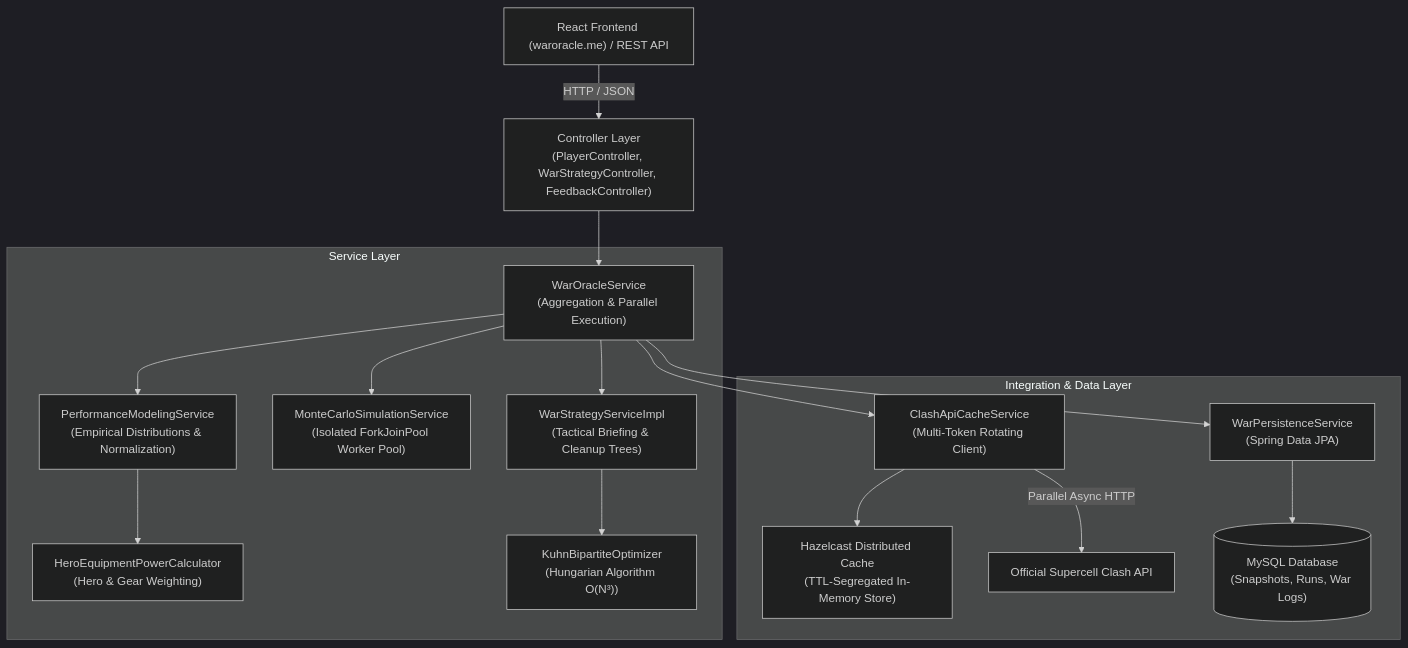
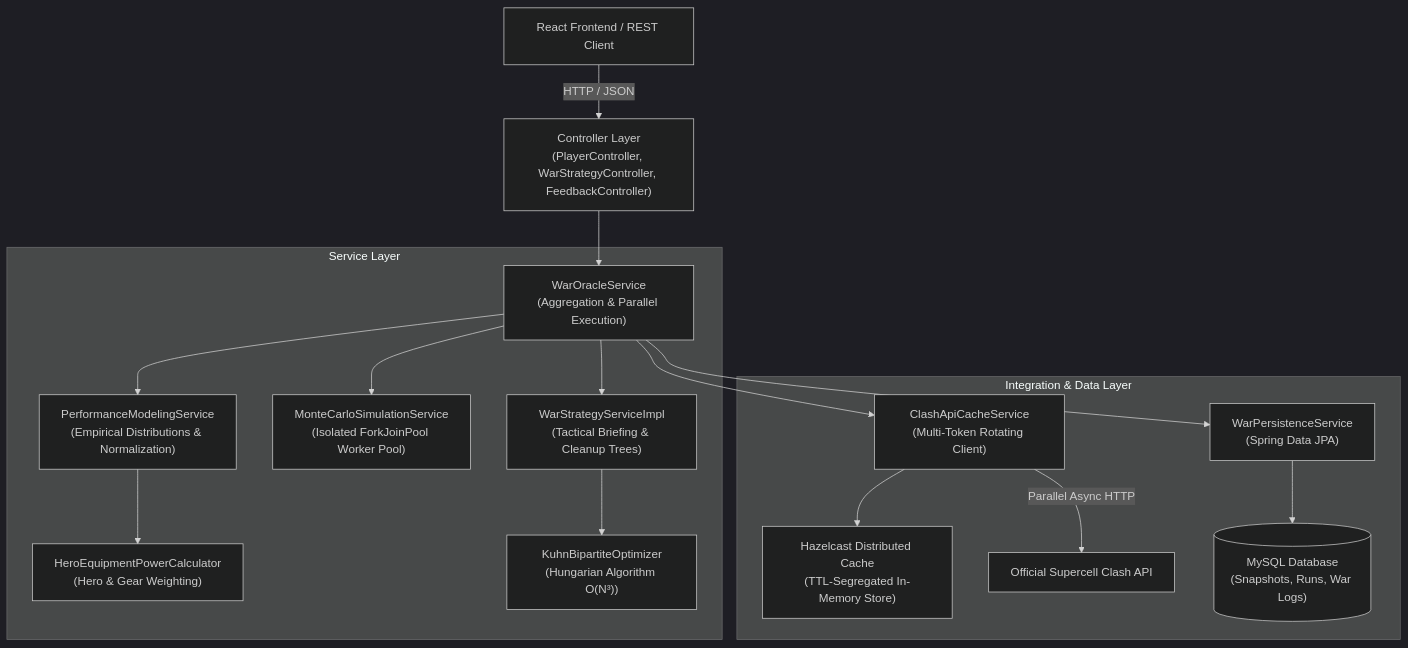
Before and after one commit to KavinkumarAndroidDev/WarOracle: the diagram in README.md, drawn with Mermaid (dark theme). The commit also changed other lines of this file and 1 other file, not shown here.

````diff
--- a/README.md
+++ b/README.md
@@ -49,34 +64,34 @@
 ```mermaid
 flowchart TD
-    Client["React Frontend (waroracle.me) / REST API"] -->|HTTP / JSON| ControllerLayer["Controller Layer\n(PlayerController, WarStrategyController, FeedbackController)"]
+    Client["React Frontend / REST Client"] -->|HTTP / JSON| ControllerLayer["Controller Layer\n(PlayerController, WarStrategyController, FeedbackController)"]
     
     subgraph CoreServiceLayer ["Service Layer"]
         Orchestrator["WarOracleService\n(Aggregation & Parallel Execution)"]
         PerfModelService["PerformanceModelingService\n(Empirical Distributions & Normalization)"]
         HeroCalc["HeroEquipmentPowerCalculator\n(Hero & Gear Weighting)"]
         MonteCarlo["MonteCarloSimulationService\n(Isolated ForkJoinPool Worker Pool)"]
         StrategyEngine["WarStrategyServiceImpl\n(Tactical Briefing & Cleanup Trees)"]
         KuhnOptimizer["KuhnBipartiteOptimizer\n(Hungarian Algorithm O(N³))"]
     end
     
     subgraph DataAndIntegration ["Integration & Data Layer"]
         ClashClient["ClashApiCacheService\n(Multi-Token Rotating Client)"]
         Hazelcast["Hazelcast Distributed Cache\n(TTL-Segregated In-Memory Store)"]
         SupercellAPI["Official Supercell Clash API"]
         PersistenceService["WarPersistenceService\n(Spring Data JPA)"]
         MySQL[("MySQL Database\n(Snapshots, Runs, War Logs)")]
     end
 
     ControllerLayer --> Orchestrator
     Orchestrator --> PerfModelService
     Orchestrator --> MonteCarlo
     Orchestrator --> StrategyEngine
     StrategyEngine --> KuhnOptimizer
     PerfModelService --> HeroCalc
     
     Orchestrator --> ClashClient
     ClashClient --> Hazelcast
     ClashClient -->|Parallel Async HTTP| SupercellAPI
     Orchestrator --> PersistenceService
     PersistenceService --> MySQL
 ```
````
